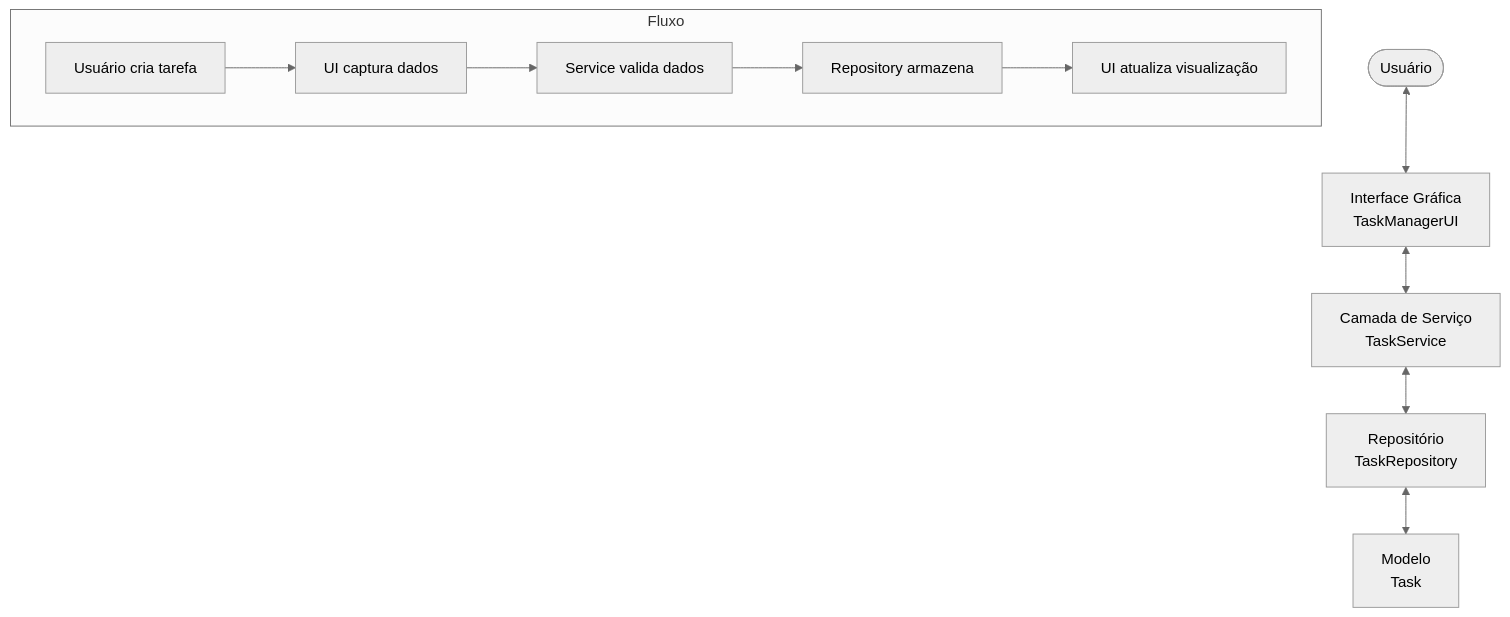
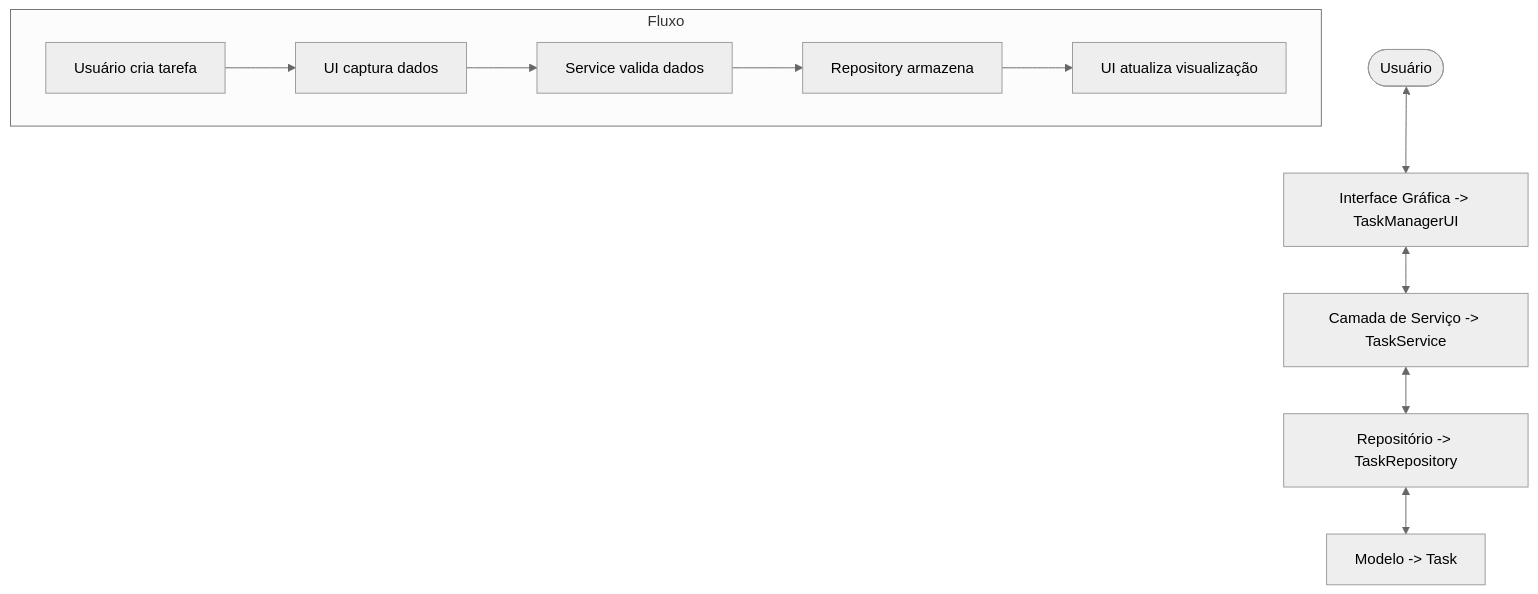
The diagram in README.md (dvizioon/VIZIOONTASK), drawn with Mermaid (neutral theme) before and after one commit.

Commit message:
up readme

````diff
--- a/README.md
+++ b/README.md
@@ -155,14 +155,14 @@
 ```mermaid
 flowchart TD
-    User([Usuário]) <--> UI[Interface Gráfica\nTaskManagerUI]
-    UI <--> Service[Camada de Serviço\nTaskService]
-    Service <--> Repository[Repositório\nTaskRepository]
-    Repository <--> Model[Modelo\nTask]
+    User([Usuário]) <--> UI[Interface Gráfica -> TaskManagerUI]
+    UI <--> Service[Camada de Serviço -> TaskService]
+    Service <--> Repository[Repositório -> TaskRepository]
+    Repository <--> Model[Modelo -> Task]
     
     subgraph Fluxo
         A[Usuário cria tarefa] --> B[UI captura dados]
         B --> C[Service valida dados]
         C --> D[Repository armazena]
         D --> E[UI atualiza visualização]
     end
 ```
````
